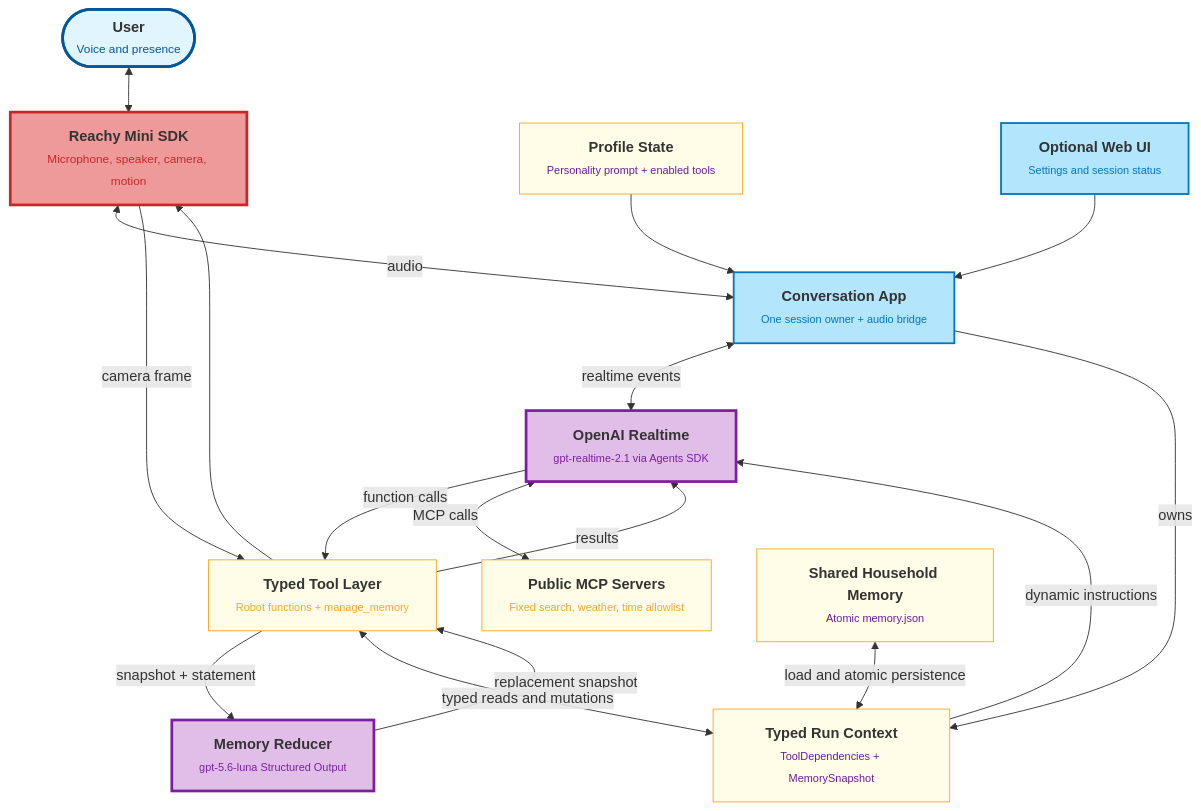
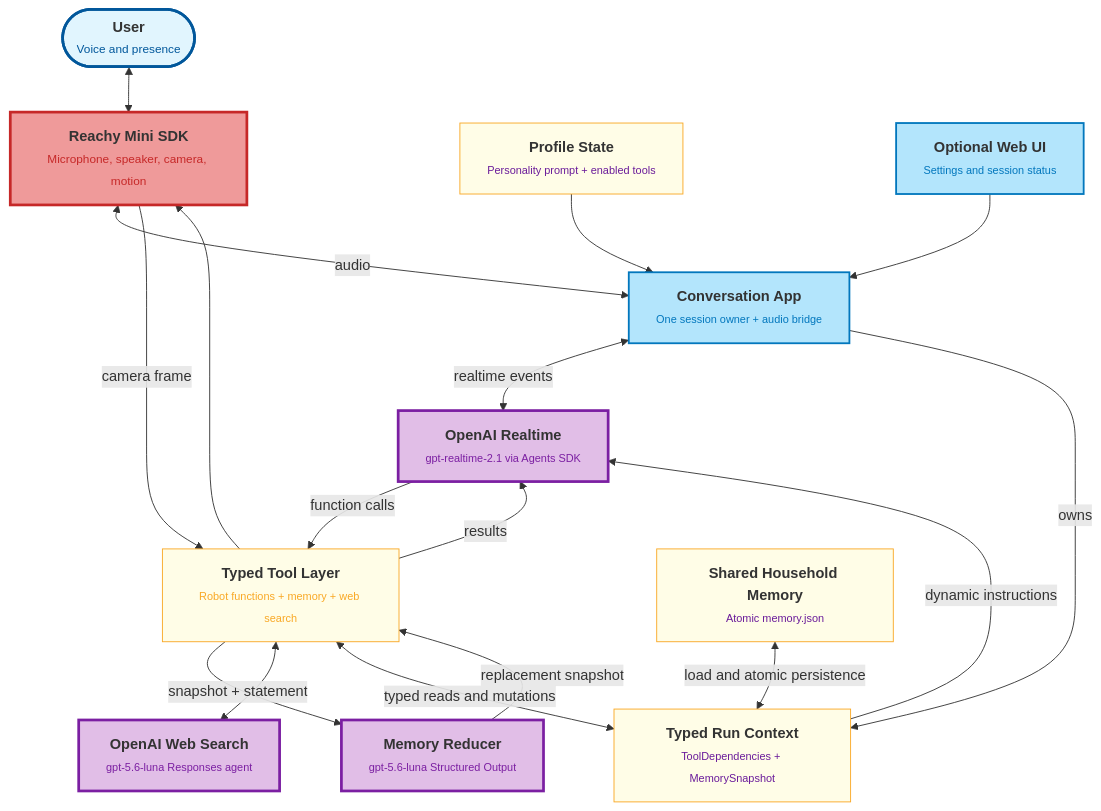
Before and after one commit to SaveTheRbtz/reachy_mini_conversation_app: the diagram in docs/scheme.mmd, drawn with Mermaid. The commit also changed 18 other files, not shown here.

Commit message:
refactor: replace MCP lookup tools with web search

```diff
--- a/docs/scheme.mmd
+++ b/docs/scheme.mmd
@@ -1,52 +1,52 @@
 ---
 config:
   layout: dagre
   flowchart:
     htmlLabels: true
 ---
 flowchart TB
     User(["<span style='font-size:16px;font-weight:bold;'>User</span><br><span style='font-size:13px;color:#01579b;'>Voice and presence</span>"])
     Robot@{ label: "<span style='font-size:16px;font-weight:bold;'>Reachy Mini SDK</span><br><span style='font-size:13px;color:#c62828;'>Microphone, speaker, camera, motion</span>" }
     App@{ label: "<span style='font-size:16px;font-weight:bold;'>Conversation App</span><br><span style='font-size:12px;color:#0277bd;'>One session owner + audio bridge</span>" }
     Realtime@{ label: "<span style='font-size:16px;font-weight:bold;'>OpenAI Realtime</span><br><span style='font-size:12px;color:#7b1fa2;'>gpt-realtime-2.1 via Agents SDK</span>" }
-    Tools@{ label: "<span style='font-size:16px;font-weight:bold;'>Typed Tool Layer</span><br><span style='font-size:12px;color:#f9a825;'>Robot functions + manage_memory</span>" }
+    Tools@{ label: "<span style='font-size:16px;font-weight:bold;'>Typed Tool Layer</span><br><span style='font-size:12px;color:#f9a825;'>Robot functions + memory + web search</span>" }
     Reducer@{ label: "<span style='font-size:16px;font-weight:bold;'>Memory Reducer</span><br><span style='font-size:12px;color:#7b1fa2;'>gpt-5.6-luna Structured Output</span>" }
-    MCP@{ label: "<span style='font-size:16px;font-weight:bold;'>Public MCP Servers</span><br><span style='font-size:12px;color:#f9a825;'>Fixed search, weather, time allowlist</span>" }
+    Search@{ label: "<span style='font-size:16px;font-weight:bold;'>OpenAI Web Search</span><br><span style='font-size:12px;color:#7b1fa2;'>gpt-5.6-luna Responses agent</span>" }
     Profiles@{ label: "<span style='font-size:16px;font-weight:bold;'>Profile State</span><br><span style='font-size:12px;color:#6a1b9a;'>Personality prompt + enabled tools</span>" }
     Context@{ label: "<span style='font-size:16px;font-weight:bold;'>Typed Run Context</span><br><span style='font-size:12px;color:#6a1b9a;'>ToolDependencies + MemorySnapshot</span>" }
     Memory@{ label: "<span style='font-size:16px;font-weight:bold;'>Shared Household Memory</span><br><span style='font-size:12px;color:#6a1b9a;'>Atomic memory.json</span>" }
     UI@{ label: "<span style='font-size:16px;font-weight:bold;'>Optional Web UI</span><br><span style='font-size:12px;color:#0277bd;'>Settings and session status</span>" }
 
     User <--> Robot
     Robot <-- audio --> App
     App <-- realtime events --> Realtime
     Realtime -- function calls --> Tools
     Tools -- results --> Realtime
     Tools -- snapshot + statement --> Reducer
     Reducer -- replacement snapshot --> Tools
-    Realtime <-- MCP calls --> MCP
+    Tools <--> Search
     Profiles --> App
     App -- owns --> Context
     Context -- dynamic instructions --> Realtime
     Tools <-- typed reads and mutations --> Context
     Memory <-- load and atomic persistence --> Context
     Tools --> Robot
     Robot -- camera frame --> Tools
     UI --> App
 
     User:::userStyle
     UI:::uiStyle
     App:::uiStyle
     Realtime:::aiStyle
     Reducer:::aiStyle
+    Search:::aiStyle
     Robot:::hardwareStyle
     Profiles:::toolStyle
     Context:::toolStyle
     Memory:::toolStyle
     Tools:::toolStyle
-    MCP:::toolStyle
     classDef userStyle fill:#e1f5fe,stroke:#01579b,stroke-width:3px
     classDef uiStyle fill:#b3e5fc,stroke:#0277bd,stroke-width:2px
     classDef aiStyle fill:#e1bee7,stroke:#7b1fa2,stroke-width:3px
     classDef hardwareStyle fill:#ef9a9a,stroke:#c62828,stroke-width:3px
     classDef toolStyle fill:#fffde7,stroke:#f9a825,stroke-width:1px
```
